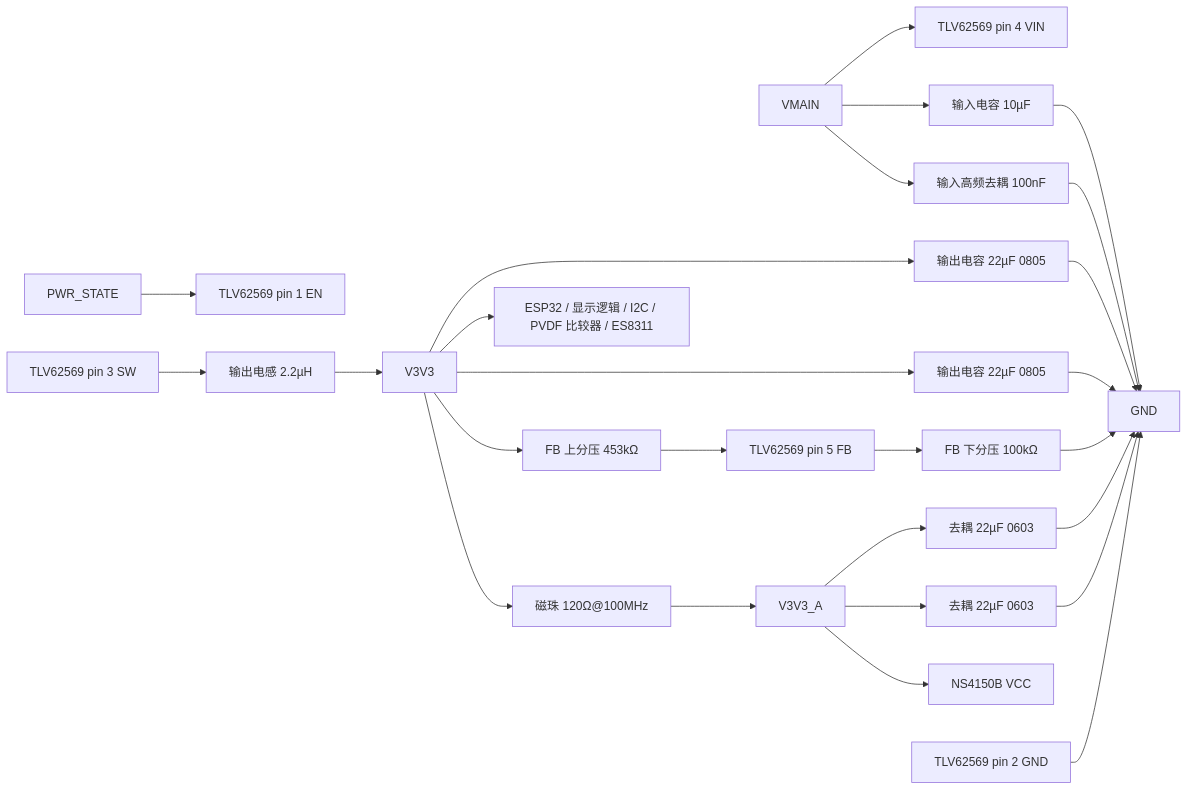
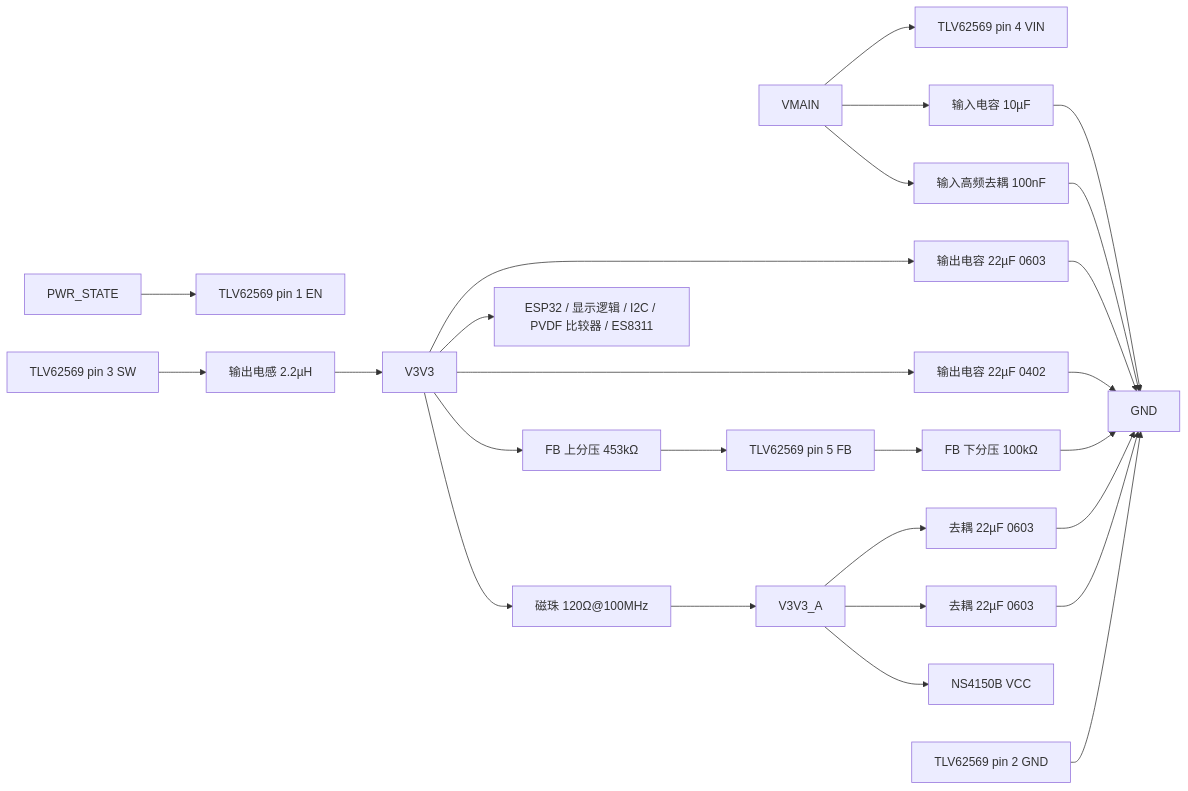
One commit to zhanghongchen1213/Electronic_Wooden_Fish changed the diagram in docs/hardware/外围电路设计/TLV62569DBVR外围电路设计与接线.md. Above: the diagram before and after it, drawn with Mermaid. The commit also changed other lines of this file and 25 other files, not shown here.

````diff
--- a/docs/hardware/外围电路设计/TLV62569DBVR外围电路设计与接线.md
+++ b/docs/hardware/外围电路设计/TLV62569DBVR外围电路设计与接线.md
@@ -62,28 +63,28 @@
 ```mermaid
 flowchart LR
   VMAIN[VMAIN] --> VIN[TLV62569 pin 4 VIN]
   VMAIN --> CIN[输入电容 10µF]
   VMAIN --> CINHF[输入高频去耦 100nF]
   CIN --> GND[GND]
   CINHF --> GND
   PWRSTATE[PWR_STATE] --> EN[TLV62569 pin 1 EN]
   SW[TLV62569 pin 3 SW] --> L[输出电感 2.2µH]
   L --> V3V3[V3V3]
-  V3V3 --> COUT1[输出电容 22µF 0805]
-  V3V3 --> COUT2[输出电容 22µF 0805]
+  V3V3 --> COUT1[输出电容 22µF 0603]
+  V3V3 --> COUT2[输出电容 22µF 0402]
   COUT1 --> GND
   COUT2 --> GND
   V3V3 --> RTOP[FB 上分压 453kΩ]
   RTOP --> FB[TLV62569 pin 5 FB]
   FB --> RBOT[FB 下分压 100kΩ]
   RBOT --> GND
   V3V3 --> LOAD[ESP32 / 显示逻辑 / I2C / PVDF 比较器 / ES8311]
   V3V3 --> BEAD[磁珠 120Ω@100MHz]
   BEAD --> V3V3A[V3V3_A]
   V3V3A --> CA1[去耦 22µF 0603]
   V3V3A --> CA2[去耦 22µF 0603]
   CA1 --> GND
   CA2 --> GND
   V3V3A --> PA[NS4150B VCC]
   GNDPIN[TLV62569 pin 2 GND] --> GND
 ```
````
